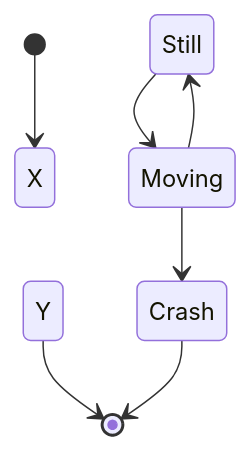
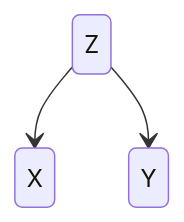
The fifth of 5 diagrams in causal graph basics.md (cobleg/CausalGraphs), drawn with Mermaid before and after one commit. The commit also changed other lines of this file, not shown here.

````diff
--- a/causal graph basics.md
+++ b/causal graph basics.md
@@ -40,10 +40,6 @@
 ```mermaid
 stateDiagram-v2  
-    [*] --> X  
-    Y --> [*]  
+    Z --> X  
+    Z --> Y  
   
-    Still --> Moving  
-    Moving --> Still  
-    Moving --> Crash  
-    Crash --> [*]
 ```
````
